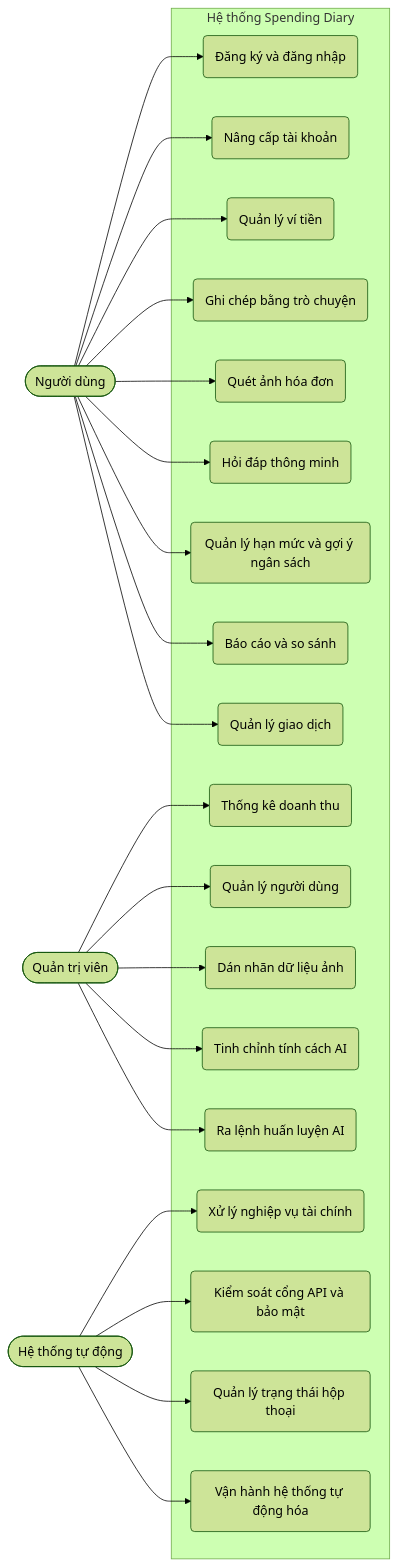
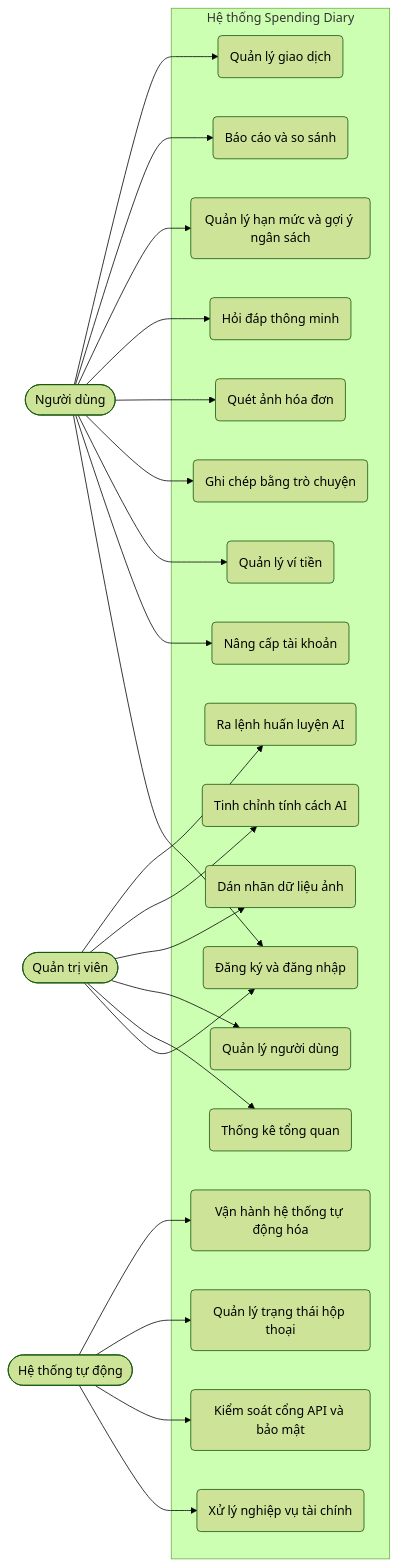
One commit to maikhang160504/spending-diary changed the first of 22 diagrams in Luan_van_Hoan_chinh.md. Above: the diagram before and after it, drawn with Mermaid (forest theme). The commit also changed other lines of this file and 7 other files, not shown here.

````diff
--- a/Luan_van_Hoan_chinh.md
+++ b/Luan_van_Hoan_chinh.md
@@ -161,50 +169,51 @@
 ```mermaid
 flowchart LR
     User([Người dùng])
     Admin([Quản trị viên])
     System([Hệ thống tự động])
 
     subgraph Hệ thống Spending Diary
         UC1(Đăng ký và đăng nhập)
         UC2(Nâng cấp tài khoản)
         UC3(Quản lý ví tiền)
         UC4(Ghi chép bằng trò chuyện)
         UC5(Quét ảnh hóa đơn)
         UC6(Hỏi đáp thông minh)
         UC7(Quản lý hạn mức và gợi ý ngân sách)
         UC8(Báo cáo và so sánh)
         UC14(Quản lý giao dịch)
 
-        UC9(Thống kê doanh thu)
+        UC9(Thống kê tổng quan)
         UC10(Quản lý người dùng)
         UC11(Dán nhãn dữ liệu ảnh)
         UC12(Tinh chỉnh tính cách AI)
         UC13(Ra lệnh huấn luyện AI)
 
         UC15(Xử lý nghiệp vụ tài chính)
         UC16(Kiểm soát cổng API và bảo mật)
         UC17(Quản lý trạng thái hộp thoại)
         UC18(Vận hành hệ thống tự động hóa)
     end
 
     User --> UC1
     User --> UC2
     User --> UC3
     User --> UC4
     User --> UC5
     User --> UC6
     User --> UC7
     User --> UC8
     User --> UC14
 
+    Admin --> UC1
     Admin --> UC9
     Admin --> UC10
     Admin --> UC11
     Admin --> UC12
     Admin --> UC13
 
     System --> UC15
     System --> UC16
     System --> UC17
     System --> UC18
 ```
````
